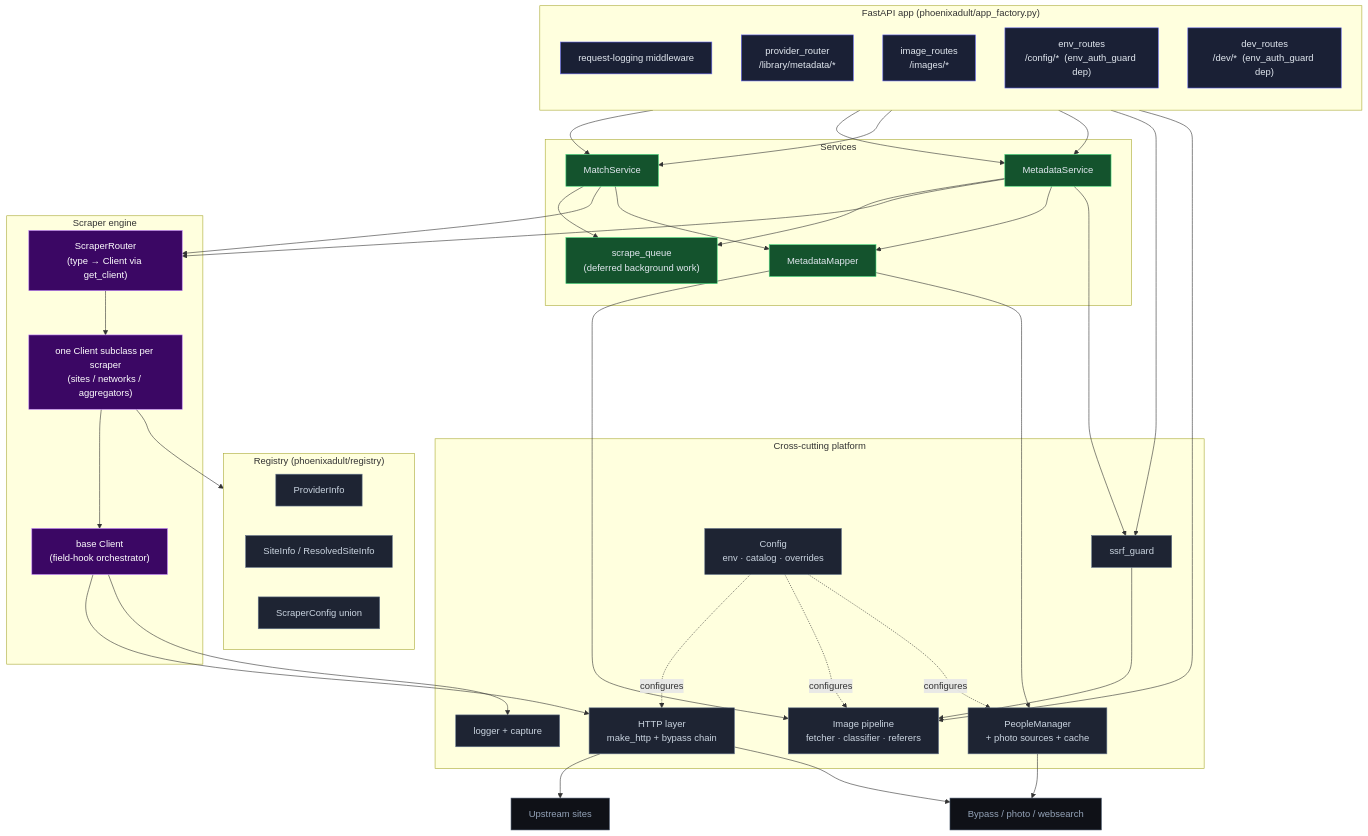
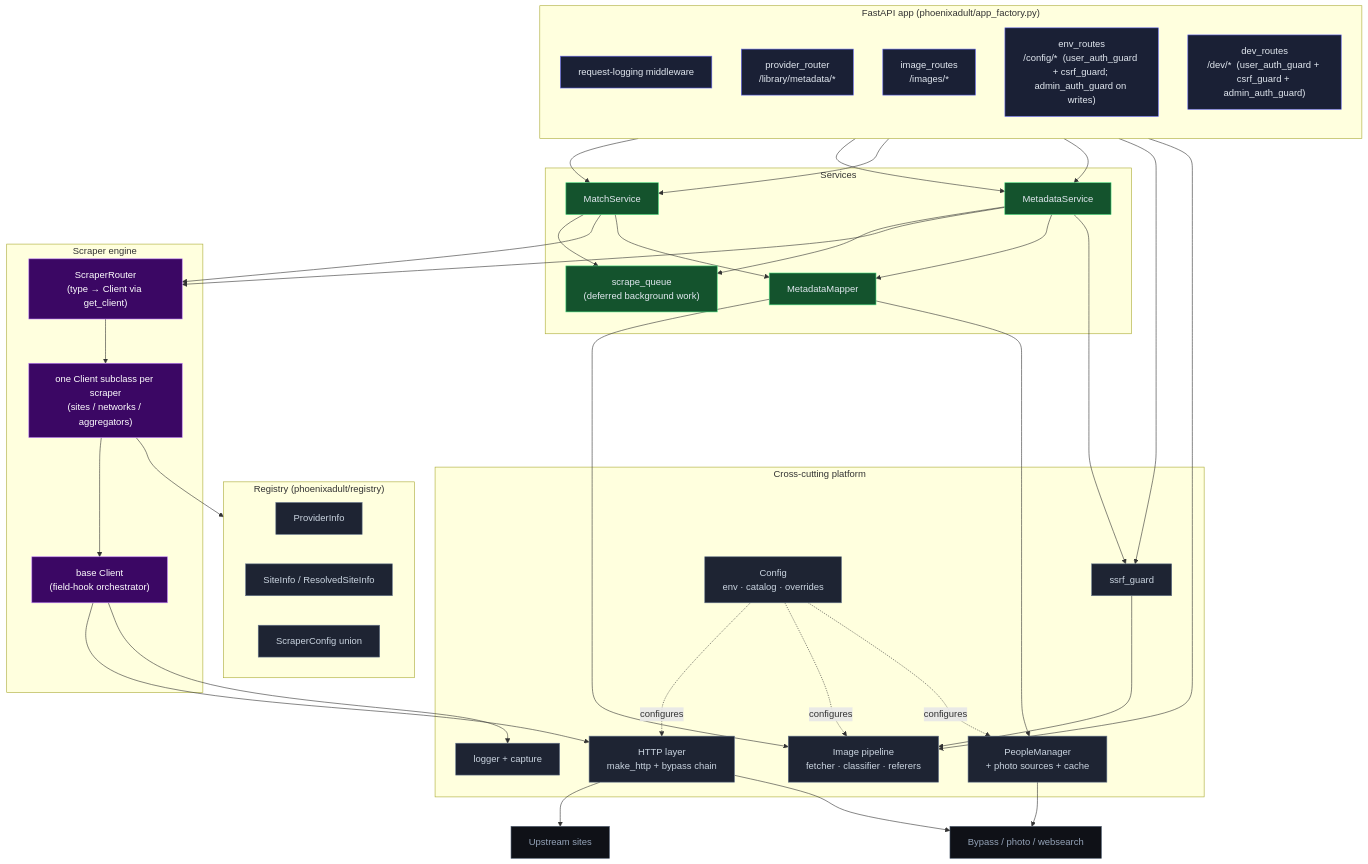
Before and after one commit to PhoenixAdultProvider/PhoenixAdult: the third of 21 diagrams in docs/DESIGN.md, drawn with Mermaid. The commit also changed other lines of this file, not shown here.

````diff
--- a/docs/DESIGN.md
+++ b/docs/DESIGN.md
@@ -136,72 +136,72 @@
 ```mermaid
 flowchart TB
   classDef r fill:#1a2035,stroke:#6366f1,color:#e2e8f0;
   classDef s fill:#14532d,stroke:#4ade80,color:#e2e8f0;
   classDef c fill:#3b0764,stroke:#c084fc,color:#fff;
   classDef u fill:#1e2433,stroke:#64748b,color:#cbd5e1;
   classDef ext fill:#0f1117,stroke:#475569,color:#94a3b8;
 
   subgraph app["FastAPI app (phoenixadult/app_factory.py)"]
     direction TB
     mw["request-logging middleware"]:::r
     pr["provider_router<br/>/library/metadata/*"]:::r
     ir["image_routes<br/>/images/*"]:::r
-    cr["env_routes<br/>/config/*  (env_auth_guard dep)"]:::r
-    dr["dev_routes<br/>/dev/*  (env_auth_guard dep)"]:::r
+    cr["env_routes<br/>/config/*  (user_auth_guard + csrf_guard; admin_auth_guard on writes)"]:::r
+    dr["dev_routes<br/>/dev/*  (user_auth_guard + csrf_guard + admin_auth_guard)"]:::r
   end
 
   subgraph svc["Services"]
     ms["MatchService"]:::s
     md["MetadataService"]:::s
     mm["MetadataMapper"]:::s
     sq["scrape_queue<br/>(deferred background work)"]:::s
   end
 
   subgraph scr["Scraper engine"]
     srt["ScraperRouter<br/>(type → Client via get_client)"]:::c
     cli["one Client subclass per scraper<br/>(sites / networks / aggregators)"]:::c
     base["base Client<br/>(field-hook orchestrator)"]:::c
   end
 
   subgraph reg["Registry (phoenixadult/registry)"]
     prov["ProviderInfo"]:::u
     site["SiteInfo / ResolvedSiteInfo"]:::u
     scfg["ScraperConfig union"]:::u
   end
 
   subgraph plat["Cross-cutting platform"]
     http["HTTP layer<br/>make_http + bypass chain"]:::u
     ssrf["ssrf_guard"]:::u
     img["Image pipeline<br/>fetcher · classifier · referers"]:::u
     ppl["PeopleManager<br/>+ photo sources + cache"]:::u
     cfg["Config<br/>env · catalog · overrides"]:::u
     log["logger + capture"]:::u
   end
 
   ext1["Upstream sites"]:::ext
   ext2["Bypass / photo / websearch"]:::ext
 
   pr --> ms & md
   dr --> ms & md
   ms --> sq
   md --> sq
   ms --> srt
   md --> srt
   ms --> mm
   md --> mm
   srt --> cli --> base
   cli --> reg
   base --> http
   ir --> ssrf --> img
   ir --> img
   mm --> img
   mm --> ppl
   md --> ssrf
   http --> ext1
   http --> ext2
   ppl --> ext2
   base --> log
   cfg -. configures .-> http
   cfg -. configures .-> img
   cfg -. configures .-> ppl
 ```
````
